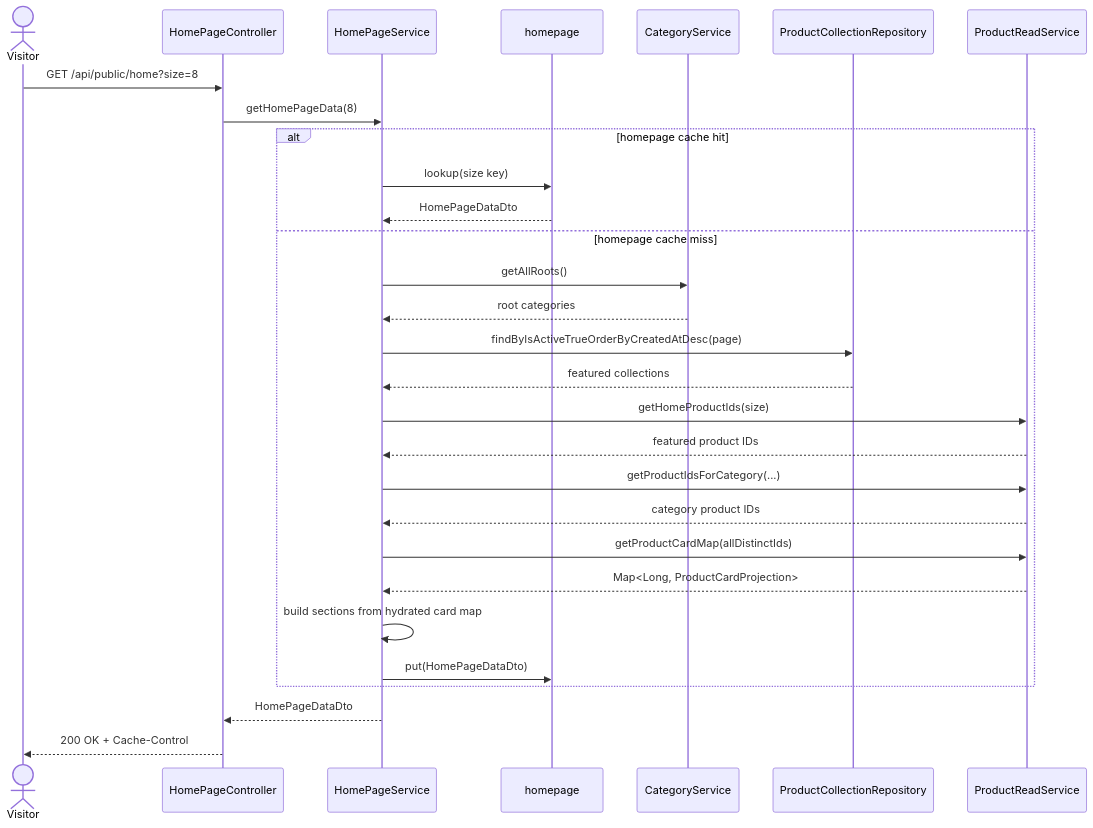
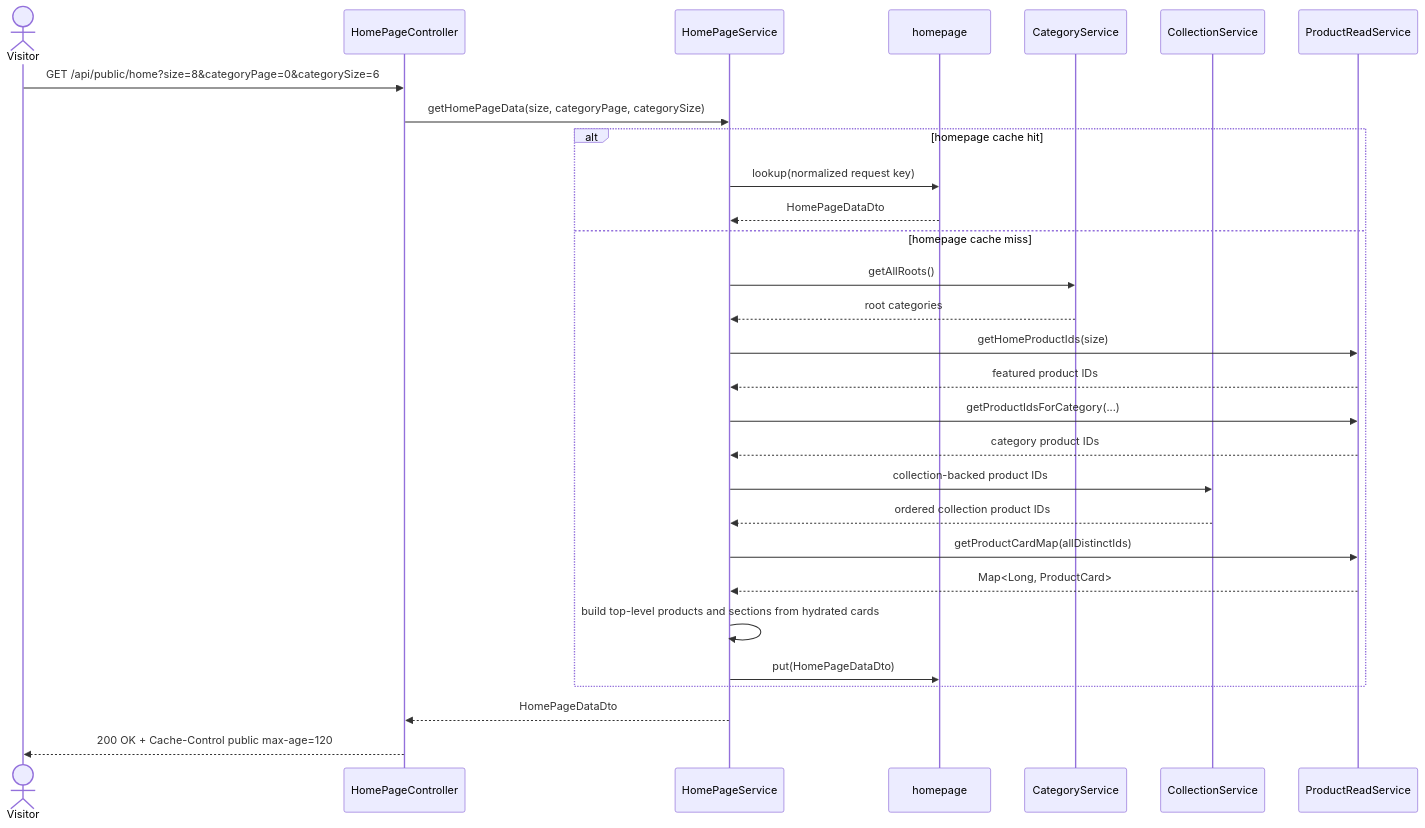
One commit to mohammadAlhajeen/bun_commerce-public changed the third of 9 diagrams in documentation/13-homepage-uml.md. Above: the diagram before and after it, drawn with Mermaid. The commit also changed other lines of this file and 29 other files, not shown here.

````diff
--- a/documentation/13-homepage-uml.md
+++ b/documentation/13-homepage-uml.md
@@ -152,34 +153,34 @@
 ```mermaid
 sequenceDiagram
     actor Visitor
     participant Controller as HomePageController
     participant Service as HomePageService
     participant Cache as homepage
     participant CategoryService
-    participant CollectionRepo as ProductCollectionRepository
+    participant CollectionService
     participant ProductRead as ProductReadService
 
-    Visitor->>Controller: GET /api/public/home?size=8
-    Controller->>Service: getHomePageData(8)
+    Visitor->>Controller: GET /api/public/home?size=8&categoryPage=0&categorySize=6
+    Controller->>Service: getHomePageData(size, categoryPage, categorySize)
 
     alt homepage cache hit
-        Service->>Cache: lookup(size key)
+        Service->>Cache: lookup(normalized request key)
         Cache-->>Service: HomePageDataDto
     else homepage cache miss
         Service->>CategoryService: getAllRoots()
         CategoryService-->>Service: root categories
-        Service->>CollectionRepo: findByIsActiveTrueOrderByCreatedAtDesc(page)
-        CollectionRepo-->>Service: featured collections
         Service->>ProductRead: getHomeProductIds(size)
         ProductRead-->>Service: featured product IDs
         Service->>ProductRead: getProductIdsForCategory(...)
         ProductRead-->>Service: category product IDs
+        Service->>CollectionService: collection-backed product IDs
+        CollectionService-->>Service: ordered collection product IDs
         Service->>ProductRead: getProductCardMap(allDistinctIds)
-        ProductRead-->>Service: Map<Long, ProductCardProjection>
-        Service->>Service: build sections from hydrated card map
+        ProductRead-->>Service: Map<Long, ProductCard>
+        Service->>Service: build top-level products and sections from hydrated cards
         Service->>Cache: put(HomePageDataDto)
     end
 
     Service-->>Controller: HomePageDataDto
-    Controller-->>Visitor: 200 OK + Cache-Control
+    Controller-->>Visitor: 200 OK + Cache-Control public max-age=120
 ```
````
